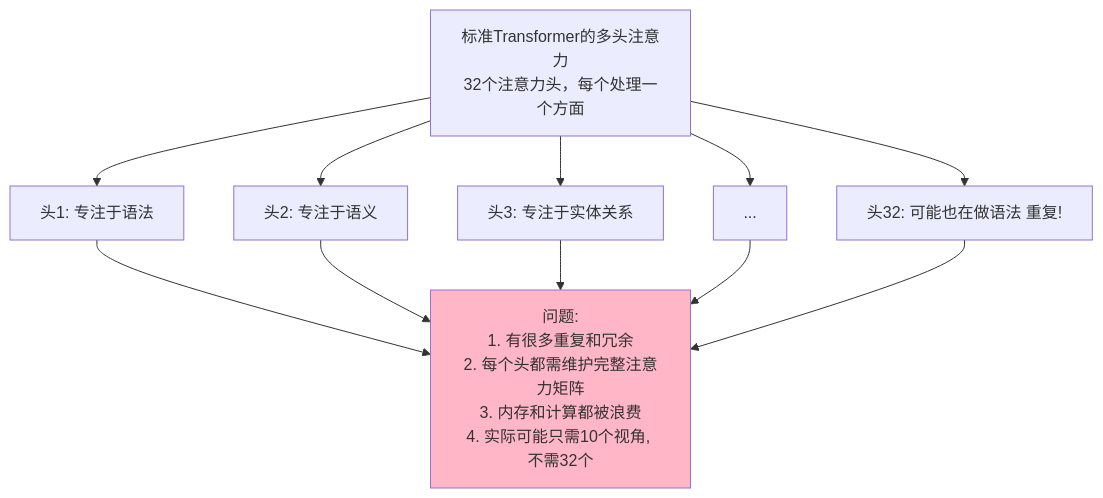
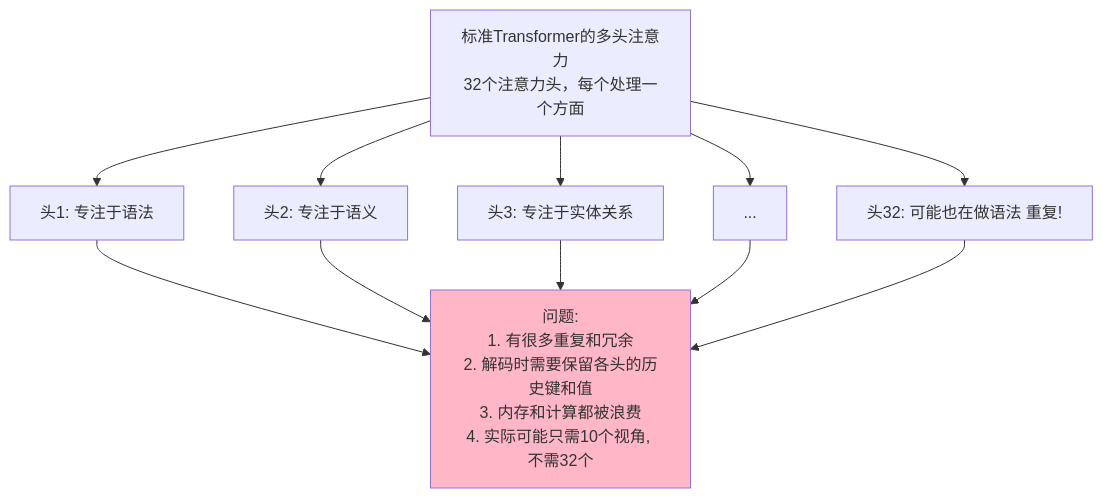
One commit to yeasy/ai_beginner_guide changed the first of 4 diagrams in 08_new_architectures/8.6_mla_moe_innovation.md. Above: the diagram before and after it, drawn with Mermaid. The commit also changed other lines of this file and 3 other files, not shown here.

````diff
--- a/08_new_architectures/8.6_mla_moe_innovation.md
+++ b/08_new_architectures/8.6_mla_moe_innovation.md
@@ -9,18 +9,18 @@
 ```mermaid
 graph TD
     A["标准Transformer的多头注意力<br/>32个注意力头，每个处理一个方面"]
 
     B["头1: 专注于语法"]
     C["头2: 专注于语义"]
     D["头3: 专注于实体关系"]
     E["..."]
     F["头32: 可能也在做语法 重复!"]
 
     A --> B & C & D & E & F
 
-    G["问题:<br/>1. 有很多重复和冗余<br/>2. 每个头都需维护完整注意力矩阵<br/>3. 内存和计算都被浪费<br/>4. 实际可能只需10个视角, 不需32个"]
+    G["问题:<br/>1. 有很多重复和冗余<br/>2. 解码时需要保留各头的历史键和值<br/>3. 内存和计算都被浪费<br/>4. 实际可能只需10个视角, 不需32个"]
 
     B & C & D & E & F --> G
 
     style G fill:#FFB6C6
 ```
````
